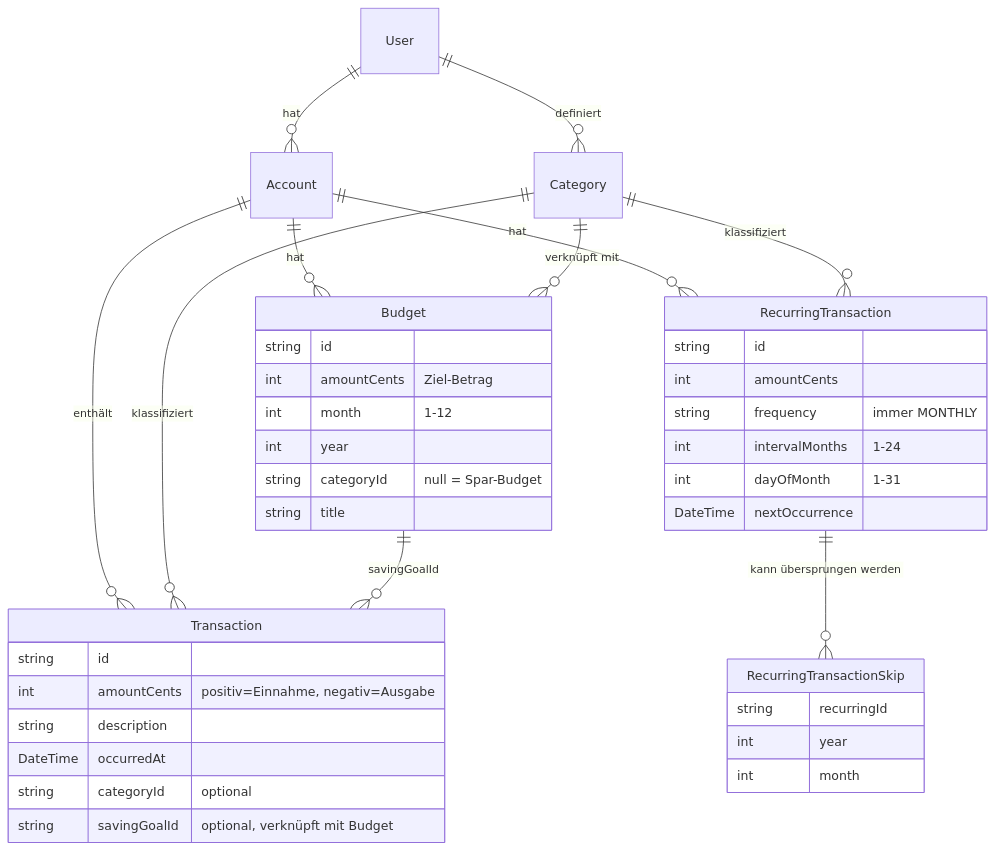
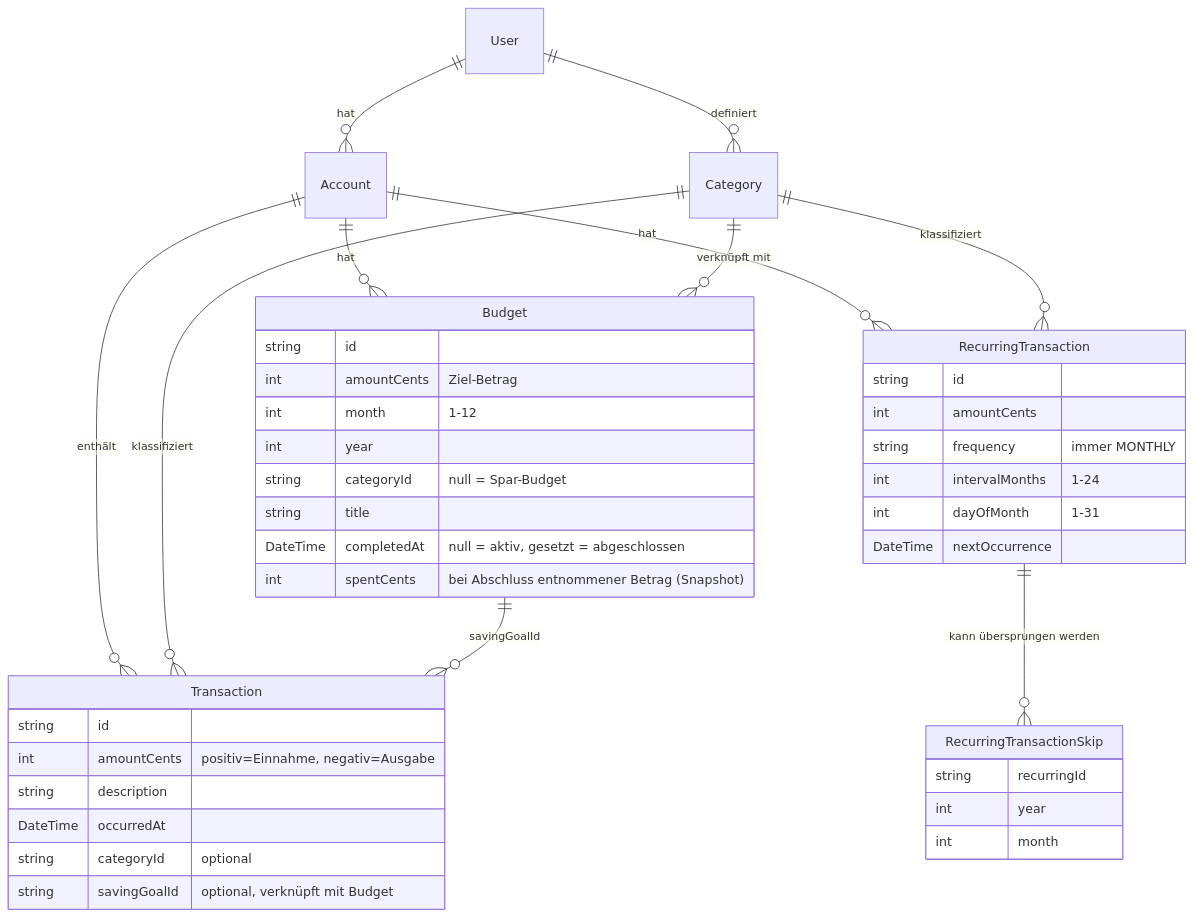
Before and after one commit to konradthiemann/Doewe: the diagram in docs/calculations/README.md, drawn with Mermaid. The commit also changed other lines of this file and 45 other files, not shown here.

````diff
--- a/docs/calculations/README.md
+++ b/docs/calculations/README.md
@@ -28,46 +28,48 @@
 ```mermaid
 erDiagram
     User ||--o{ Account : "hat"
     User ||--o{ Category : "definiert"
     Account ||--o{ Transaction : "enthält"
     Account ||--o{ RecurringTransaction : "hat"
     Account ||--o{ Budget : "hat"
     Category ||--o{ Transaction : "klassifiziert"
     Category ||--o{ RecurringTransaction : "klassifiziert"
     Category ||--o{ Budget : "verknüpft mit"
     Budget ||--o{ Transaction : "savingGoalId"
     RecurringTransaction ||--o{ RecurringTransactionSkip : "kann übersprungen werden"
 
     Transaction {
         string id
         int amountCents "positiv=Einnahme, negativ=Ausgabe"
         string description
         DateTime occurredAt
         string categoryId "optional"
         string savingGoalId "optional, verknüpft mit Budget"
     }
 
     RecurringTransaction {
         string id
         int amountCents
         string frequency "immer MONTHLY"
         int intervalMonths "1-24"
         int dayOfMonth "1-31"
         DateTime nextOccurrence
     }
 
     Budget {
         string id
         int amountCents "Ziel-Betrag"
         int month "1-12"
         int year
         string categoryId "null = Spar-Budget"
         string title
+        DateTime completedAt "null = aktiv, gesetzt = abgeschlossen"
+        int spentCents "bei Abschluss entnommener Betrag (Snapshot)"
     }
 
     RecurringTransactionSkip {
         string recurringId
         int year
         int month
     }
 ```
````
